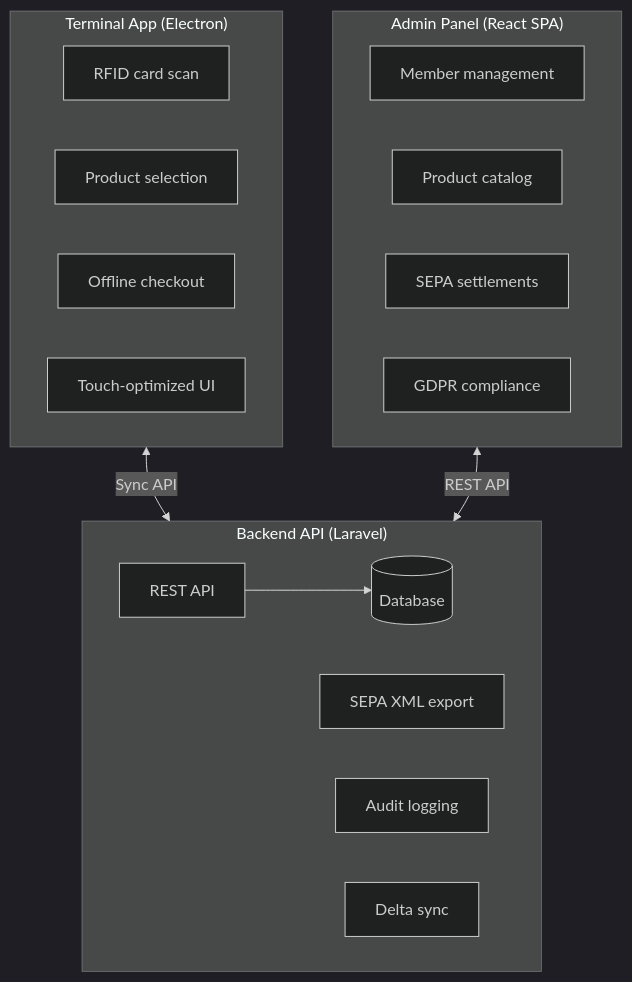
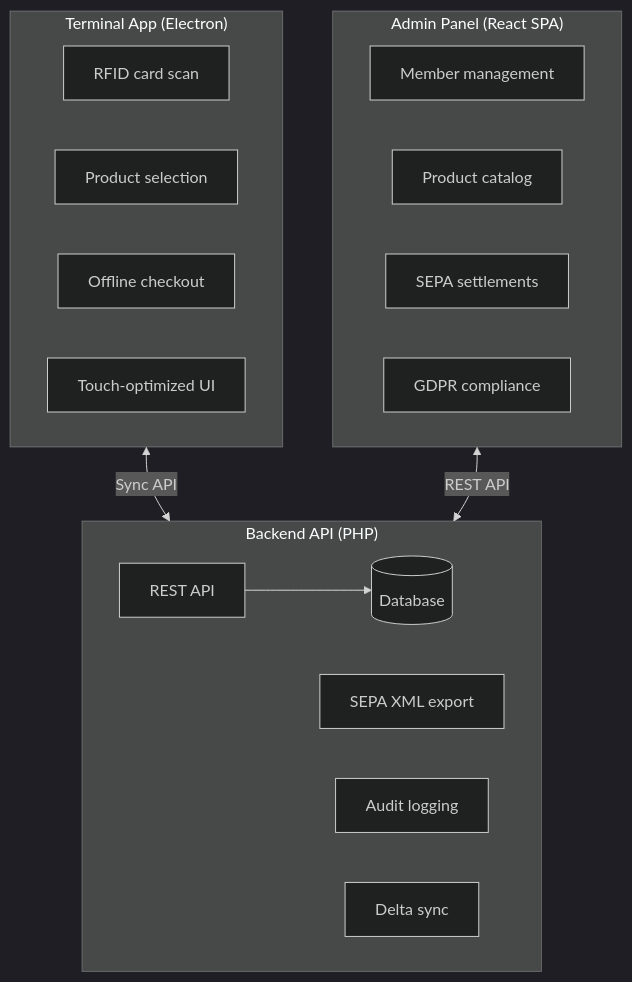
Before and after one commit to dgloeckner/clubbar: the diagram in README.md, drawn with Mermaid (dark theme). The commit also changed other lines of this file and 1 other file, not shown here.

````diff
--- a/README.md
+++ b/README.md
@@ -29,28 +29,28 @@
 ```mermaid
 flowchart TB
     subgraph Terminal["Terminal App (Electron)"]
         T1[RFID card scan]
         T2[Product selection]
         T3[Offline checkout]
         T4[Touch-optimized UI]
     end
 
     subgraph Admin["Admin Panel (React SPA)"]
         A1[Member management]
         A2[Product catalog]
         A3[SEPA settlements]
         A4[GDPR compliance]
     end
 
-    subgraph Backend["Backend API (Laravel)"]
+    subgraph Backend["Backend API (PHP)"]
         B1[REST API]
         B2[SEPA XML export]
         B3[Audit logging]
         B4[Delta sync]
         DB[(Database)]
         B1 --> DB
     end
 
     Terminal <-->|"Sync API"| Backend
     Admin <-->|"REST API"| Backend
 ```
````
